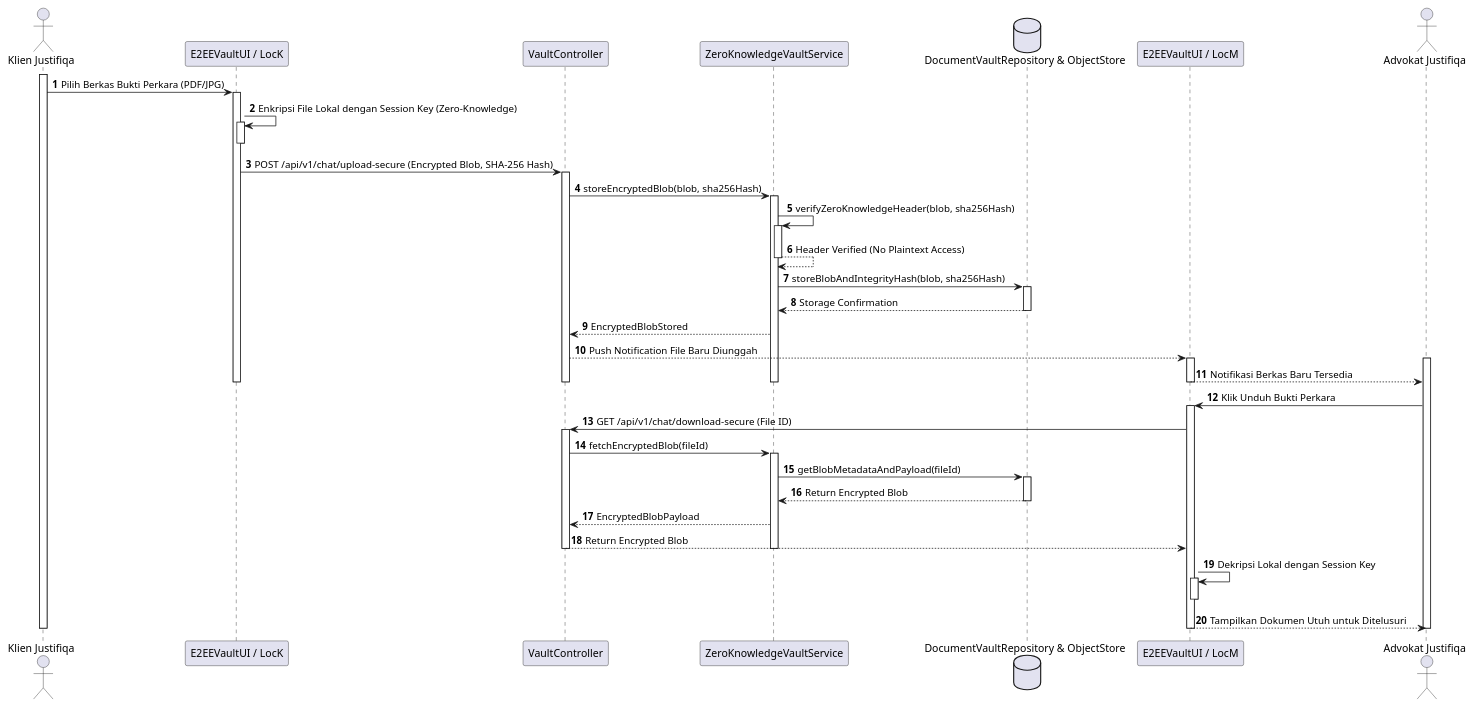
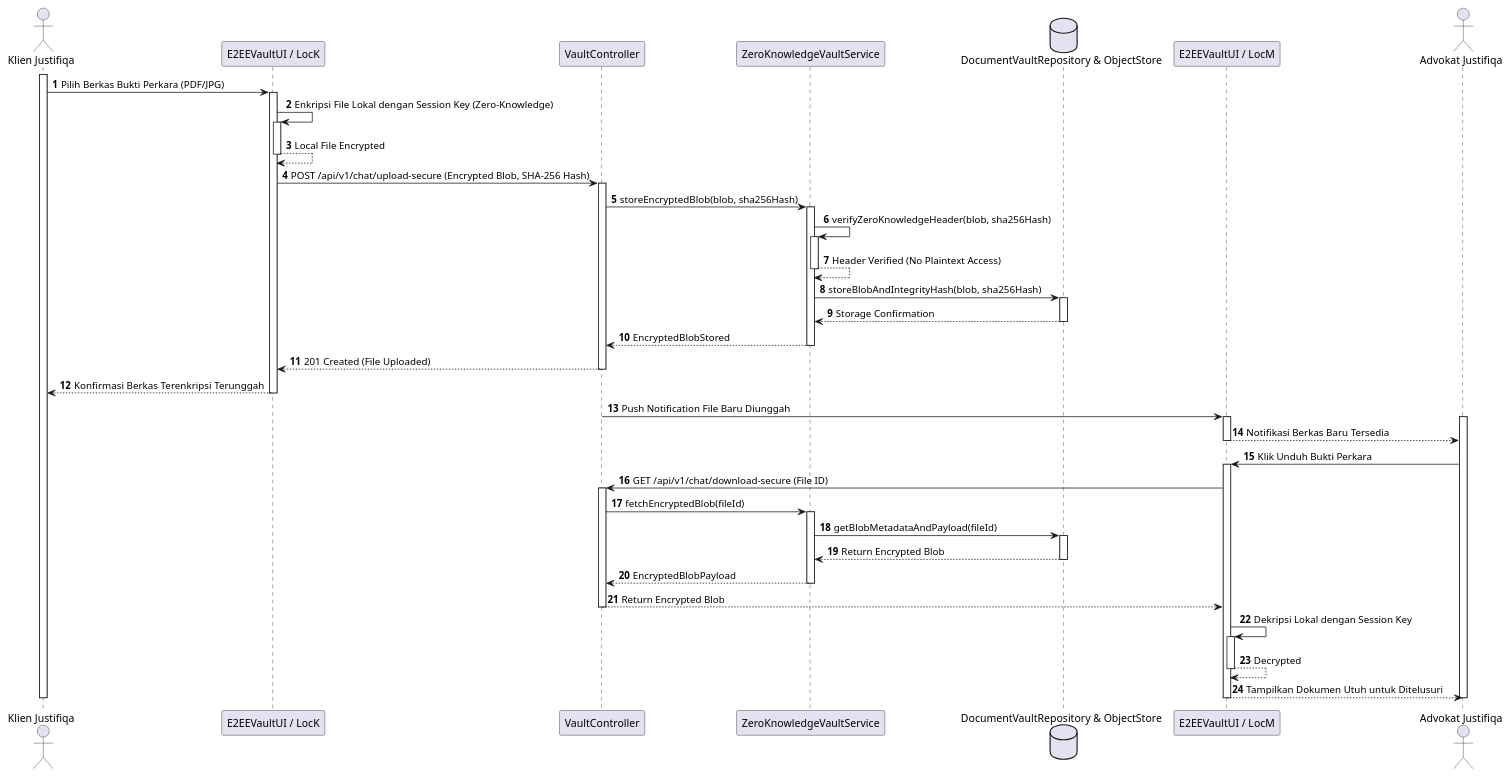
Before and after one commit to tupperwureism/SuperApp-Gagal: the fifth of 28 diagrams in MarkDown/plantuml_sequence_diagrams.md, drawn with PlantUML. The commit also changed other lines of this file, not shown here.

Commit message:
refactor(uml): normalize sequence diagrams SD-J-04 to SD-J-10 activation bars without stacking and explicit database activations

````diff
--- a/MarkDown/plantuml_sequence_diagrams.md
+++ b/MarkDown/plantuml_sequence_diagrams.md
@@ -676,48 +680,56 @@
 ```plantuml
 @startuml
 autonumber
 actor "Klien Justifiqa" as Klien
 participant "E2EEVaultUI / LocK" as LocK
 participant "VaultController" as CTRL
 participant "ZeroKnowledgeVaultService" as SVC
 database "DocumentVaultRepository & ObjectStore" as REPO
 participant "E2EEVaultUI / LocM" as LocM
 actor "Advokat Justifiqa" as Mitra
 
 activate Klien
 Klien -> LocK ++ : Pilih Berkas Bukti Perkara (PDF/JPG)
 LocK -> LocK ++ : Enkripsi File Lokal dengan Session Key (Zero-Knowledge)
-deactivate LocK
+LocK --> LocK -- : Local File Encrypted
 LocK -> CTRL ++ : POST /api/v1/chat/upload-secure (Encrypted Blob, SHA-256 Hash)
 CTRL -> SVC ++ : storeEncryptedBlob(blob, sha256Hash)
 SVC -> SVC ++ : verifyZeroKnowledgeHeader(blob, sha256Hash)
 SVC --> SVC -- : Header Verified (No Plaintext Access)
 
-SVC -> REPO ++ : storeBlobAndIntegrityHash(blob, sha256Hash)
-REPO --> SVC -- : Storage Confirmation
+SVC -> REPO : storeBlobAndIntegrityHash(blob, sha256Hash)
+activate REPO
+REPO --> SVC : Storage Confirmation
+deactivate REPO
 SVC --> CTRL : EncryptedBlobStored
-CTRL --> LocM ++ : Push Notification File Baru Diunggah
+deactivate SVC
+CTRL --> LocK : 201 Created (File Uploaded)
+deactivate CTRL
+LocK --> Klien : Konfirmasi Berkas Terenkripsi Terunggah
+deactivate LocK
+
+CTRL -> LocM ++ : Push Notification File Baru Diunggah
 activate Mitra
 LocM --> Mitra : Notifikasi Berkas Baru Tersedia
 deactivate LocM
-deactivate SVC
-deactivate CTRL
-deactivate LocK
 
 Mitra -> LocM ++ : Klik Unduh Bukti Perkara
 LocM -> CTRL ++ : GET /api/v1/chat/download-secure (File ID)
 CTRL -> SVC ++ : fetchEncryptedBlob(fileId)
-SVC -> REPO ++ : getBlobMetadataAndPayload(fileId)
-REPO --> SVC -- : Return Encrypted Blob
+SVC -> REPO : getBlobMetadataAndPayload(fileId)
+activate REPO
+REPO --> SVC : Return Encrypted Blob
+deactivate REPO
 SVC --> CTRL : EncryptedBlobPayload
-CTRL --> LocM -- : Return Encrypted Blob
 deactivate SVC
+CTRL --> LocM : Return Encrypted Blob
+deactivate CTRL
 
 LocM -> LocM ++ : Dekripsi Lokal dengan Session Key
-deactivate LocM
+LocM --> LocM -- : Decrypted
 LocM --> Mitra : Tampilkan Dokumen Utuh untuk Ditelusuri
 deactivate LocM
 deactivate Klien
 deactivate Mitra
 @enduml
 ```
````
